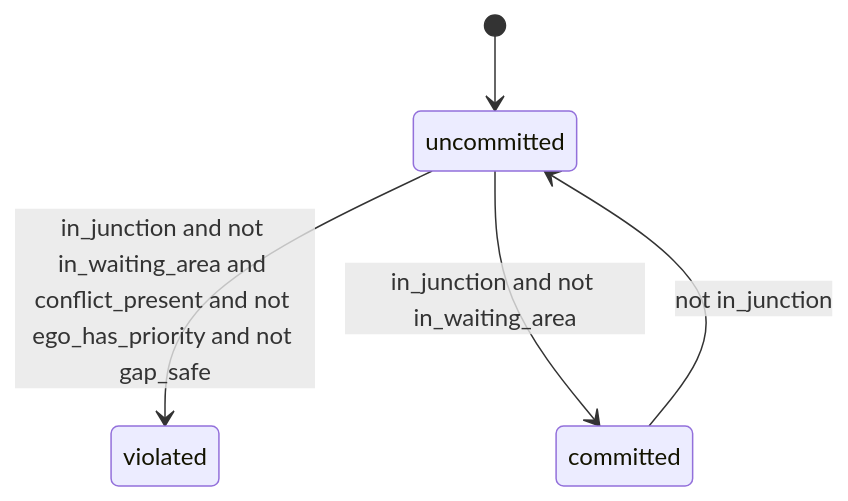
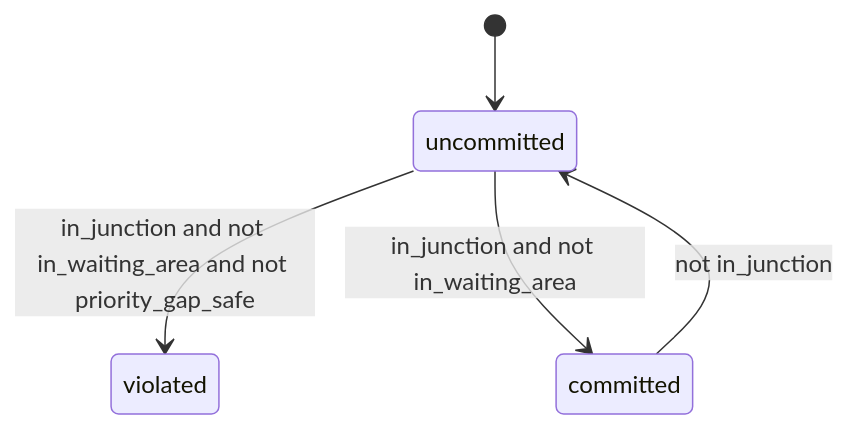
One commit to Fyatto-He/semantic-driving-alphabet changed the fifth of 8 diagrams in docs/automata.md. Above: the diagram before and after it, drawn with Mermaid. The commit also changed other lines of this file and 17 other files, not shown here.

````diff
--- a/docs/automata.md
+++ b/docs/automata.md
@@ -77,7 +77,7 @@
 ```mermaid
 stateDiagram-v2
     [*] --> uncommitted
-    uncommitted --> violated: in_junction and not in_waiting_area and conflict_present and not ego_has_priority and not gap_safe
+    uncommitted --> violated: in_junction and not in_waiting_area and not priority_gap_safe
     uncommitted --> committed: in_junction and not in_waiting_area
     committed --> uncommitted: not in_junction
 ```
````
